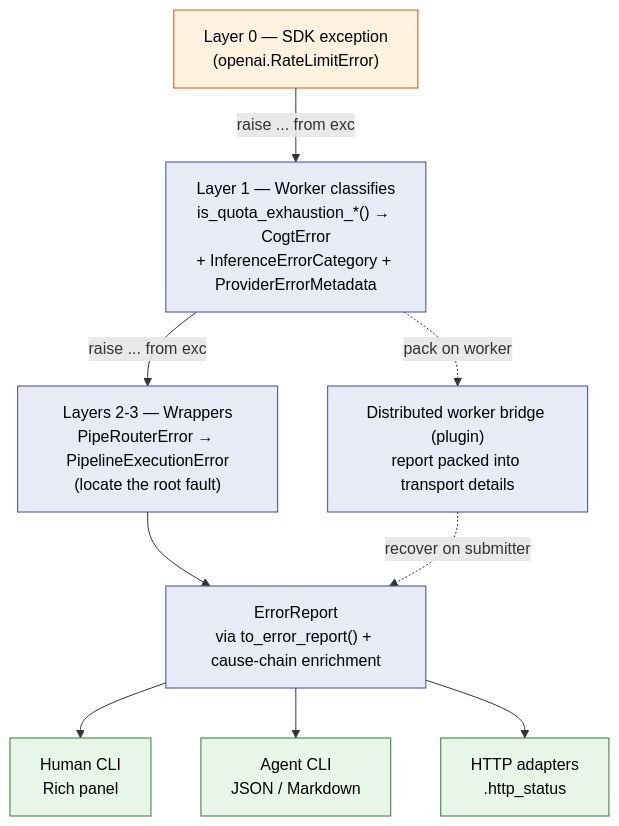
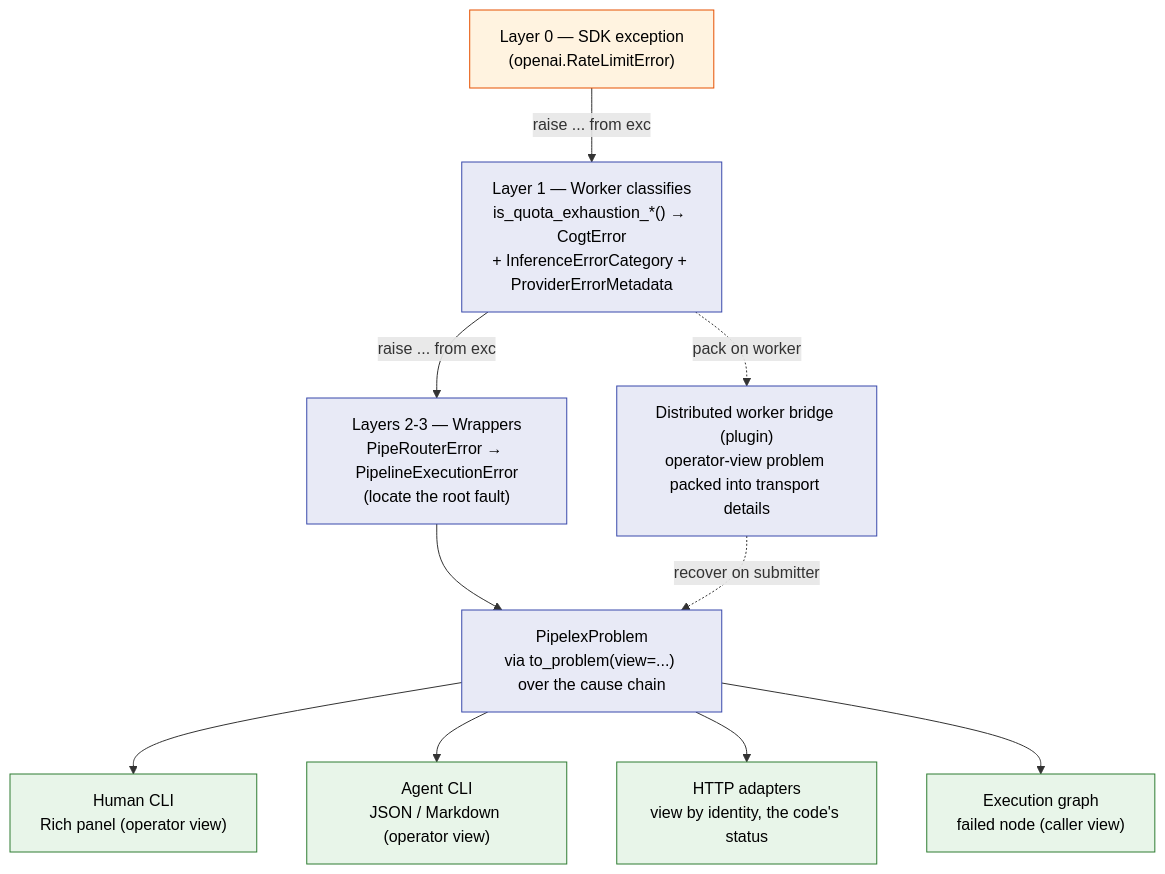
The diagram in docs/under-the-hood/error-model.md (Pipelex/pipelex), drawn with Mermaid before and after one commit. The commit also changed other lines of this file and 400 other files, not shown here.

````diff
--- a/docs/under-the-hood/error-model.md
+++ b/docs/under-the-hood/error-model.md
@@ -452,25 +494,26 @@
 ```mermaid
 flowchart TB
     SDK["Layer 0 — SDK exception<br/>(openai.RateLimitError)"]
     W["Layer 1 — Worker classifies<br/>is_quota_exhaustion_*() → CogtError<br/>+ InferenceErrorCategory + ProviderErrorMetadata"]
     WRAP["Layers 2-3 — Wrappers<br/>PipeRouterError → PipelineExecutionError<br/>(locate the root fault)"]
-    REPORT["ErrorReport<br/>via to_error_report() + cause-chain enrichment"]
+    PROBLEM["PipelexProblem<br/>via to_problem(view=...) over the cause chain"]
 
     SDK -->|"raise ... from exc"| W
     W -->|"raise ... from exc"| WRAP
-    WRAP --> REPORT
+    WRAP --> PROBLEM
 
-    REPORT --> RICH["Human CLI<br/>Rich panel"]
-    REPORT --> AGENT["Agent CLI<br/>JSON / Markdown"]
-    REPORT --> HTTP["HTTP adapters<br/>.http_status"]
+    PROBLEM --> RICH["Human CLI<br/>Rich panel (operator view)"]
+    PROBLEM --> AGENT["Agent CLI<br/>JSON / Markdown (operator view)"]
+    PROBLEM --> HTTP["HTTP adapters<br/>view by identity, the code's status"]
+    PROBLEM --> GRAPH["Execution graph<br/>failed node (caller view)"]
 
-    W -.->|"pack on worker"| TEMP["Distributed worker bridge (plugin)<br/>report packed into transport details"]
-    TEMP -.->|"recover on submitter"| REPORT
+    W -.->|"pack on worker"| TEMP["Distributed worker bridge (plugin)<br/>operator-view problem packed into transport details"]
+    TEMP -.->|"recover on submitter"| PROBLEM
 
     classDef src fill:#fff3e0,stroke:#e65100,color:#000
     classDef cls fill:#e8eaf6,stroke:#3949ab,color:#000
     classDef out fill:#e8f5e9,stroke:#2e7d32,color:#000
     class SDK src
-    class W,WRAP,REPORT,TEMP cls
-    class RICH,AGENT,HTTP out
+    class W,WRAP,PROBLEM,TEMP cls
+    class RICH,AGENT,HTTP,GRAPH out
 ```
````
